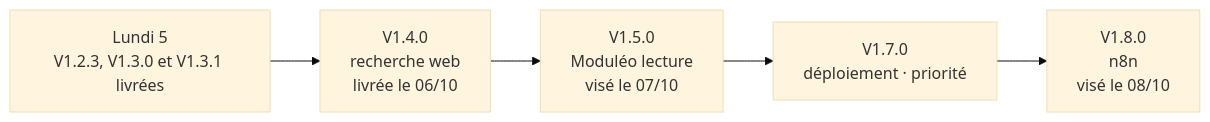
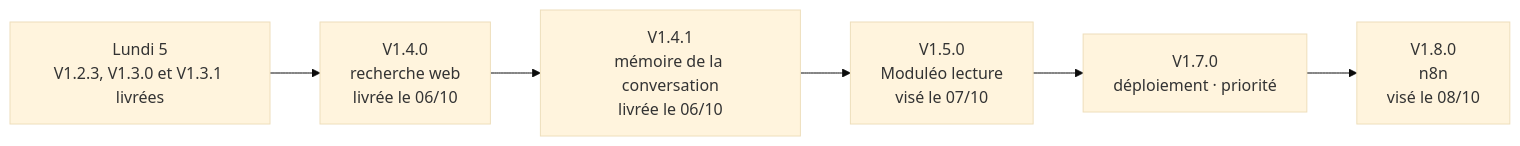
One commit to UlyssouLV/BBASS-Agents-IA changed the second of 2 diagrams in README.md. Above: the diagram before and after it, drawn with Mermaid (base theme). The commit also changed other lines of this file and 1 other file, not shown here.

First line of the commit message:
Note la 1.4.1 comme livrée dans le README et la feuille de route

````diff
--- a/README.md
+++ b/README.md
@@ -38,7 +38,8 @@
 ```mermaid
 flowchart LR
   L05["Lundi 5<br/>V1.2.3, V1.3.0 et V1.3.1 livrées"] --> V140["V1.4.0<br/>recherche web<br/>livrée le 06/10"]
-  V140 --> V150["V1.5.0<br/>Moduléo lecture<br/>visé le 07/10"]
+  V140 --> V141["V1.4.1<br/>mémoire de la conversation<br/>livrée le 06/10"]
+  V141 --> V150["V1.5.0<br/>Moduléo lecture<br/>visé le 07/10"]
   V150 --> V170["V1.7.0<br/>déploiement · priorité"]
   V170 --> V180["V1.8.0<br/>n8n<br/>visé le 08/10"]
 ```
````
